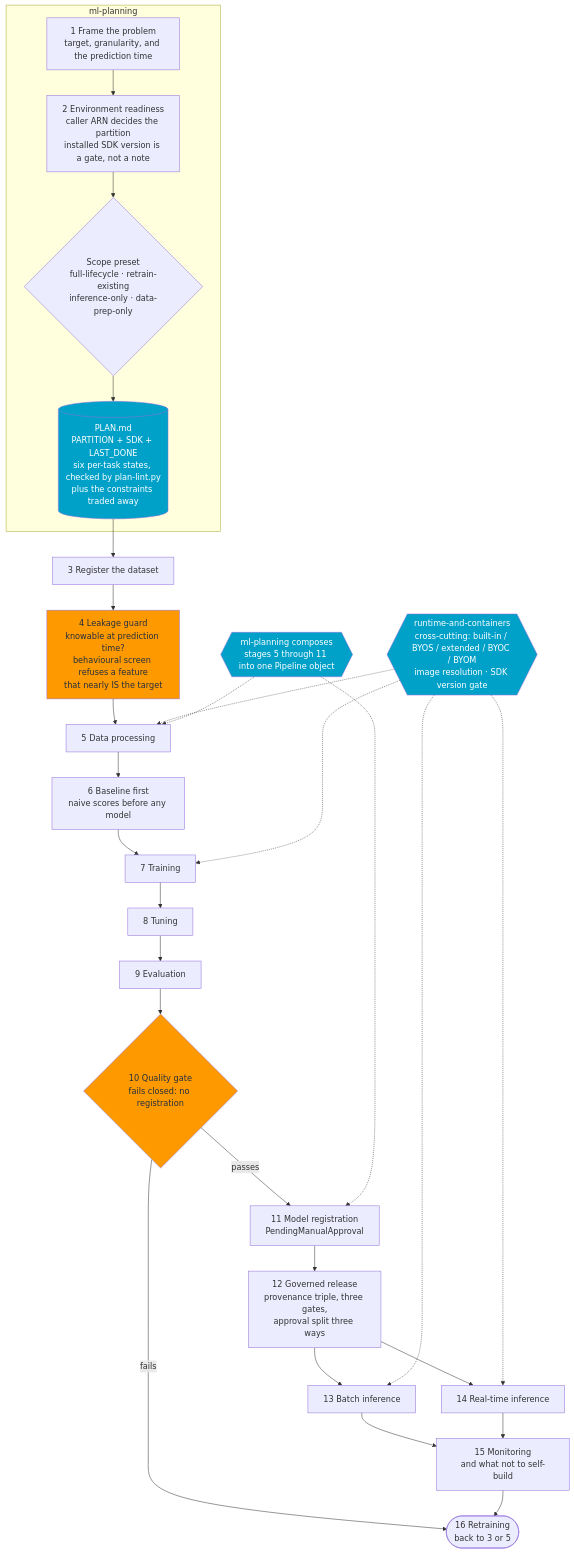
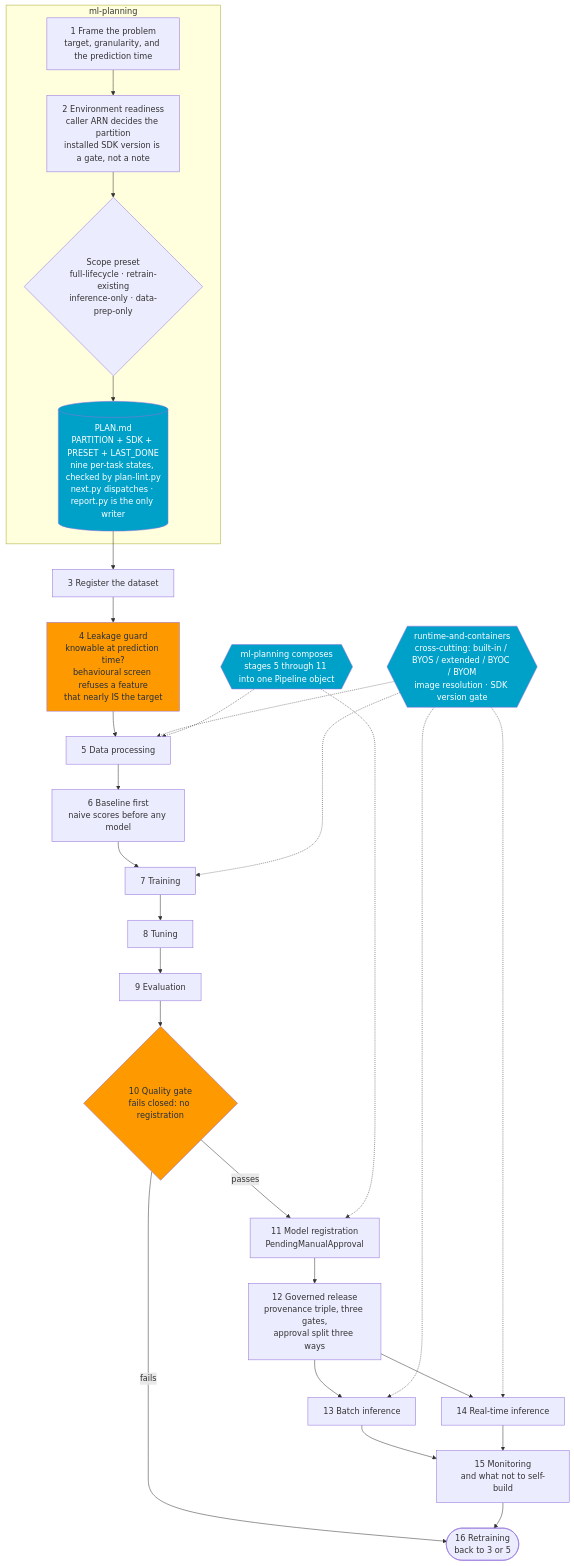
One commit to comdaze/sagemaker-mldlc-workflow changed the diagram in README.md. Above: the diagram before and after it, drawn with Mermaid. The commit also changed other lines of this file and 1 other file, not shown here.

````diff
--- a/README.md
+++ b/README.md
@@ -24,52 +24,52 @@
 ```mermaid
 flowchart TB
     subgraph PLAN["ml-planning"]
         S1["1 Frame the problem<br/>target, granularity, and the prediction time"]
         S2["2 Environment readiness<br/>caller ARN decides the partition<br/>installed SDK version is a gate, not a note"]
         PRESET{"Scope preset<br/>full-lifecycle · retrain-existing<br/>inference-only · data-prep-only"}
-        PMD[("PLAN.md<br/>PARTITION + SDK + LAST_DONE<br/>six per-task states, checked by plan-lint.py<br/>plus the constraints traded away")]
+        PMD[("PLAN.md<br/>PARTITION + SDK + PRESET + LAST_DONE<br/>nine per-task states, checked by plan-lint.py<br/>next.py dispatches · report.py is the only writer")]
         S1 --> S2 --> PRESET --> PMD
     end
 
     PMD --> S3
 
     S3["3 Register the dataset"]
     S4["4 Leakage guard<br/>knowable at prediction time?<br/>behavioural screen refuses a feature<br/>that nearly IS the target"]
     S5["5 Data processing"]
     S6["6 Baseline first<br/>naive scores before any model"]
     S7["7 Training"]
     S8["8 Tuning"]
     S9["9 Evaluation"]
     S10{"10 Quality gate<br/>fails closed: no registration"}
     S11["11 Model registration<br/>PendingManualApproval"]
     S12["12 Governed release<br/>provenance triple, three gates,<br/>approval split three ways"]
     S13["13 Batch inference"]
     S14["14 Real-time inference"]
     S15["15 Monitoring<br/>and what not to self-build"]
     S16(["16 Retraining<br/>back to 3 or 5"])
 
     S3 --> S4 --> S5 --> S6 --> S7 --> S8 --> S9 --> S10
     S10 -- passes --> S11 --> S12
     S10 -- fails --> S16
     S12 --> S13
     S12 --> S14
     S13 --> S15
     S14 --> S15
     S15 --> S16
 
     RT{{"runtime-and-containers<br/>cross-cutting: built-in / BYOS / extended / BYOC / BYOM<br/>image resolution · SDK version gate"}}
     RT -.-> S5
     RT -.-> S7
     RT -.-> S13
     RT -.-> S14
 
     PIPE{{"ml-planning composes<br/>stages 5 through 11 into one Pipeline object"}}
     PIPE -.-> S5
     PIPE -.-> S11
 
     style S10 fill:#FF9900,color:#232F3E
     style S4 fill:#FF9900,color:#232F3E
     style RT fill:#00A1C9,color:#ffffff
     style PIPE fill:#00A1C9,color:#ffffff
     style PMD fill:#00A1C9,color:#ffffff
 ```
````
